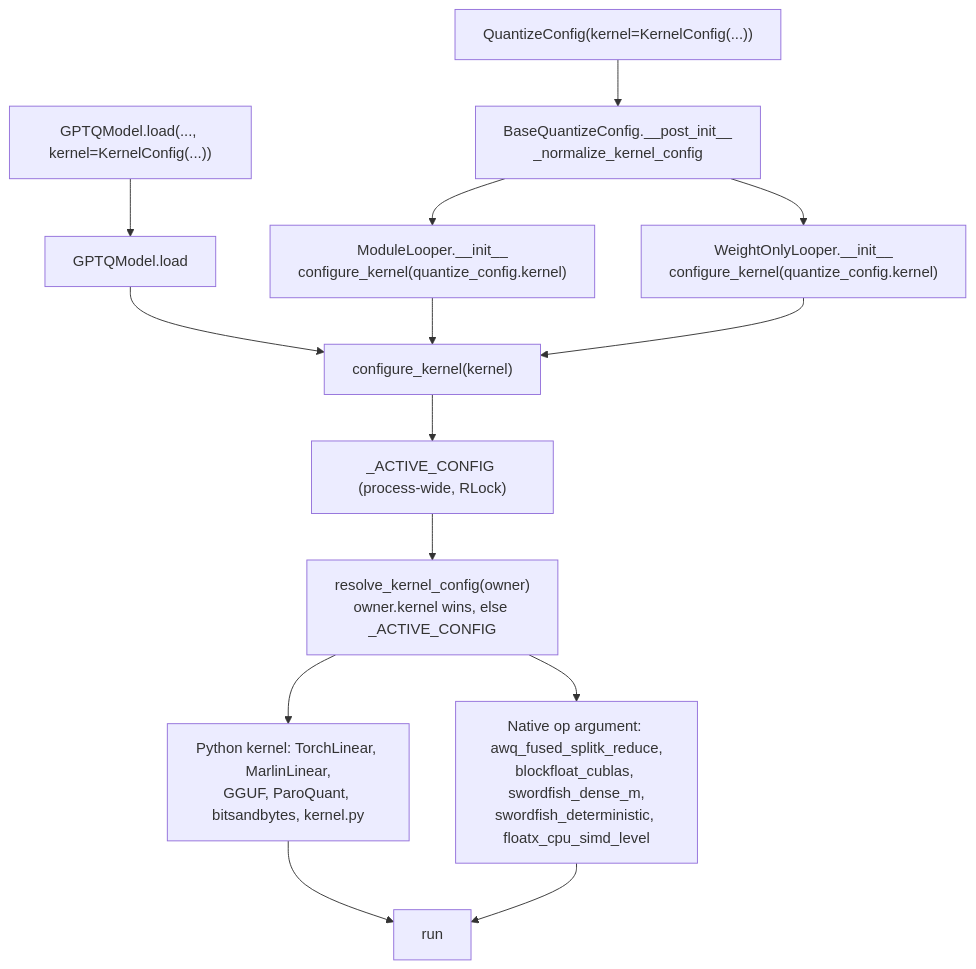
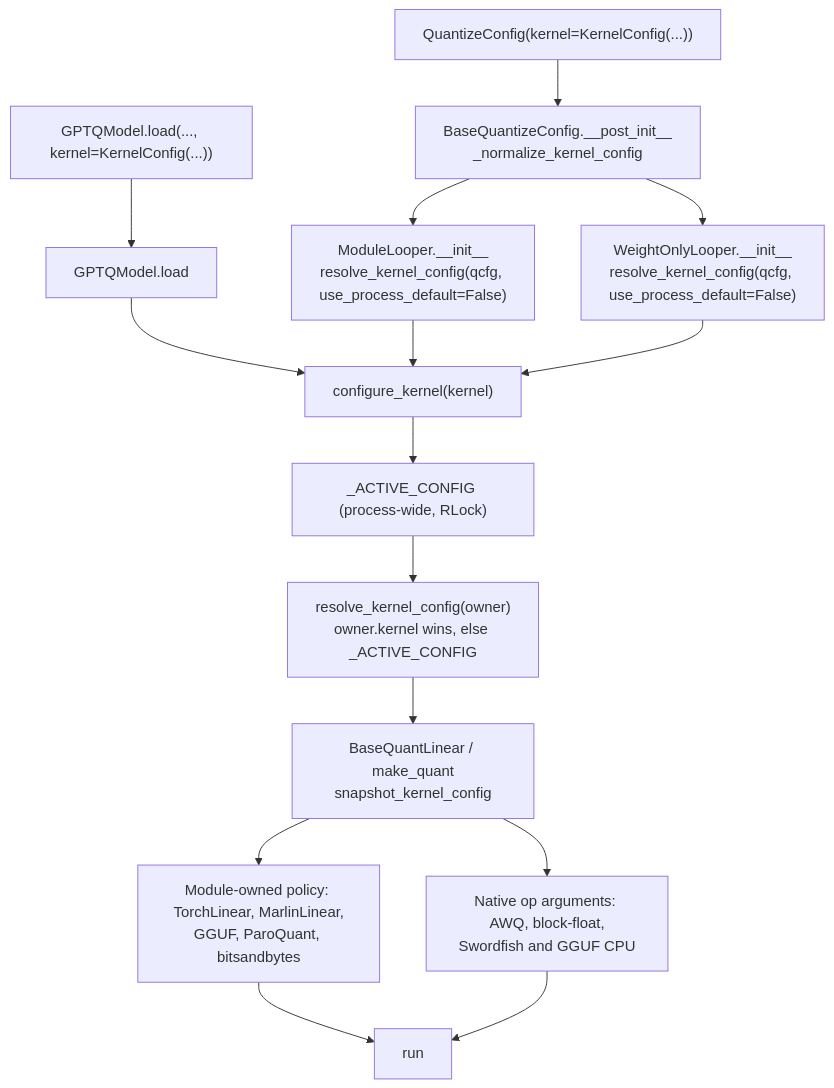
The first of 2 diagrams in docs/kernel-config.md (ModelCloud/GPTQModel), drawn with Mermaid before and after one commit. The commit also changed other lines of this file and 41 other files, not shown here.

````diff
--- a/docs/kernel-config.md
+++ b/docs/kernel-config.md
@@ -43,16 +55,17 @@
 ```mermaid
 flowchart TD
     A["QuantizeConfig(kernel=KernelConfig(...))"] --> B["BaseQuantizeConfig.__post_init__<br/>_normalize_kernel_config"]
     C["GPTQModel.load(..., kernel=KernelConfig(...))"] --> D["GPTQModel.load"]
     D --> E["configure_kernel(kernel)"]
-    B --> F["ModuleLooper.__init__<br/>configure_kernel(quantize_config.kernel)"]
-    B --> G["WeightOnlyLooper.__init__<br/>configure_kernel(quantize_config.kernel)"]
+    B --> F["ModuleLooper.__init__<br/>resolve_kernel_config(qcfg, use_process_default=False)"]
+    B --> G["WeightOnlyLooper.__init__<br/>resolve_kernel_config(qcfg, use_process_default=False)"]
     F --> E
     G --> E
     E --> H["_ACTIVE_CONFIG (process-wide, RLock)"]
     H --> I["resolve_kernel_config(owner)<br/>owner.kernel wins, else _ACTIVE_CONFIG"]
-    I --> J["Python kernel: TorchLinear, MarlinLinear,<br/>GGUF, ParoQuant, bitsandbytes, kernel.py"]
-    I --> K["Native op argument: awq_fused_splitk_reduce,<br/>blockfloat_cublas, swordfish_dense_m,<br/>swordfish_deterministic, floatx_cpu_simd_level"]
+    I --> M["BaseQuantLinear / make_quant<br/>snapshot_kernel_config"]
+    M --> J["Module-owned policy: TorchLinear, MarlinLinear,<br/>GGUF, ParoQuant, bitsandbytes"]
+    M --> K["Native op arguments: AWQ, block-float,<br/>Swordfish and GGUF CPU"]
     J --> L["run"]
     K --> L
 ```
````
